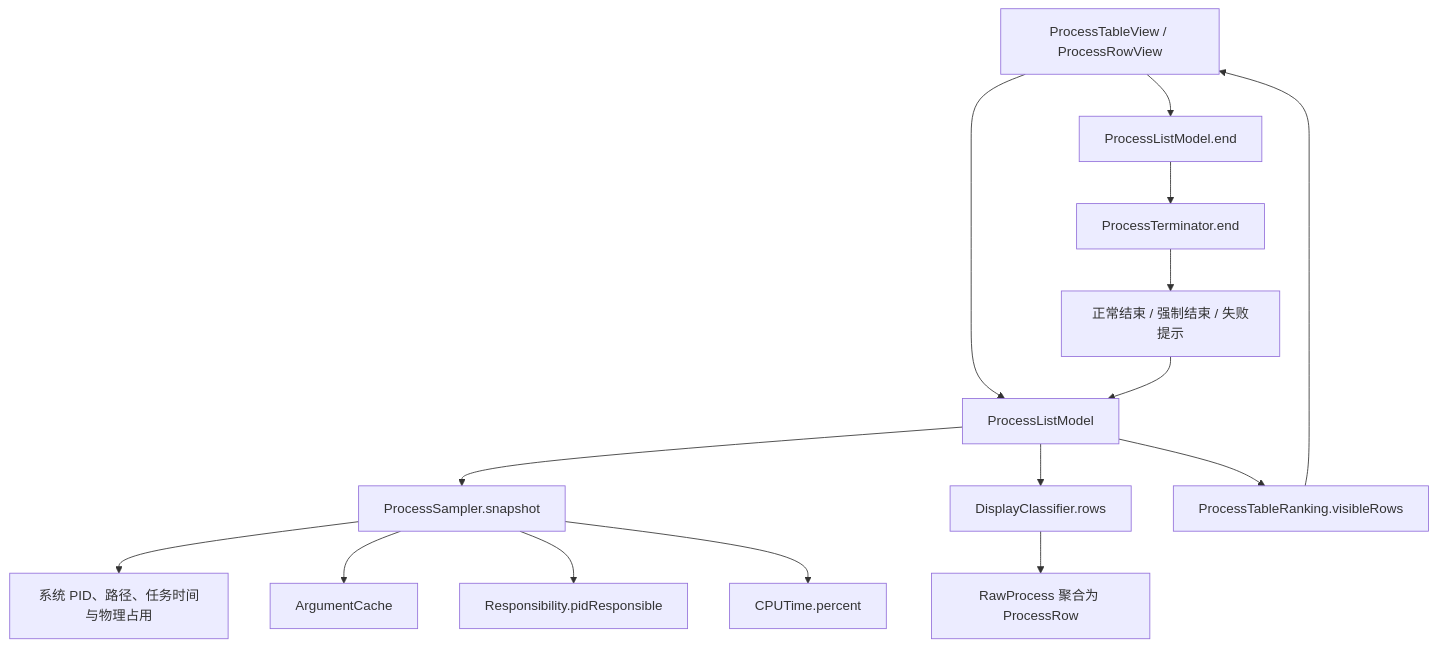
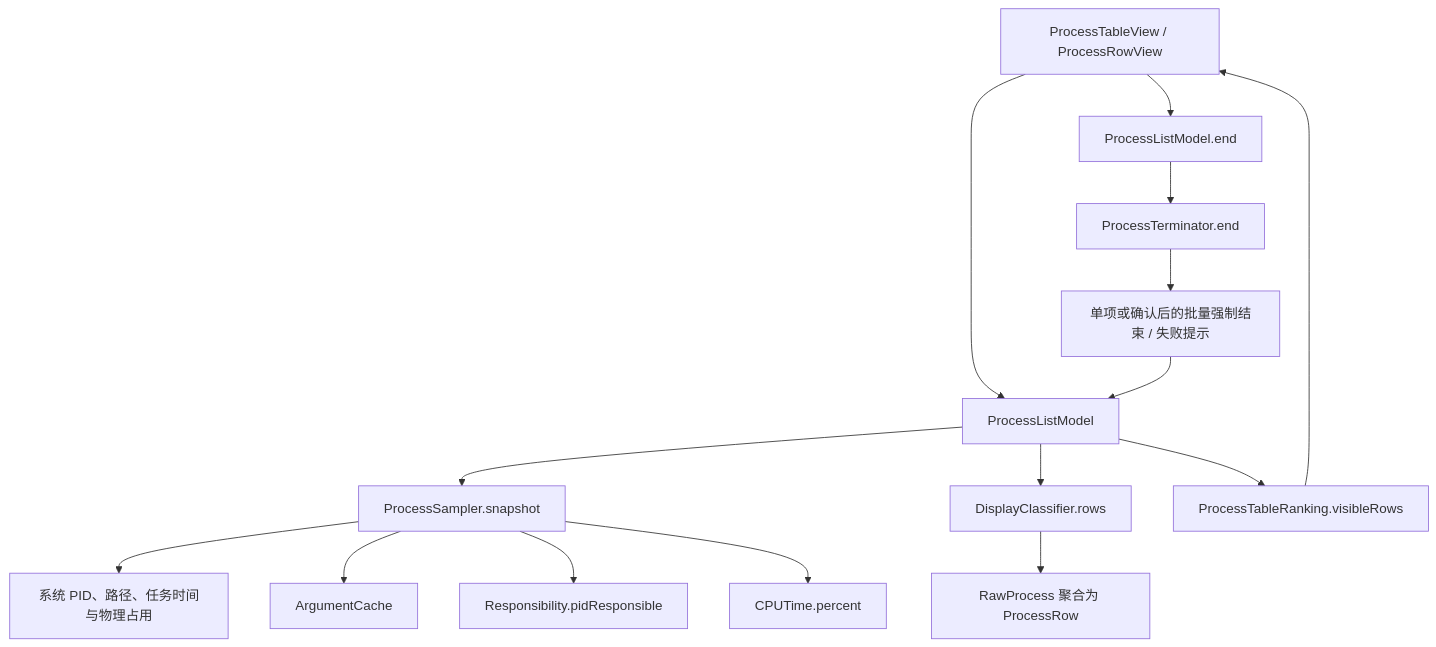
The first of 2 diagrams in docs/PROCESS_MONITORING_AND_TERMINATION_KNOWLEDGE_BASE.md (x0c/MacResourceMonitor), drawn with Mermaid before and after one commit. The commit also changed other lines of this file and 20 other files, not shown here.

````diff
--- a/docs/PROCESS_MONITORING_AND_TERMINATION_KNOWLEDGE_BASE.md
+++ b/docs/PROCESS_MONITORING_AND_TERMINATION_KNOWLEDGE_BASE.md
@@ -45,17 +45,17 @@
 ```mermaid
 graph TD
     A[ProcessTableView / ProcessRowView] --> B[ProcessListModel]
     B --> C[ProcessSampler.snapshot]
     C --> D[系统 PID、路径、任务时间与物理占用]
     C --> E[ArgumentCache]
     C --> F[Responsibility.pidResponsible]
     C --> G[CPUTime.percent]
     B --> H[DisplayClassifier.rows]
     H --> I[RawProcess 聚合为 ProcessRow]
     B --> J[ProcessTableRanking.visibleRows]
     J --> A
     A --> K[ProcessListModel.end]
     K --> L[ProcessTerminator.end]
-    L --> M[正常结束 / 强制结束 / 失败提示]
+    L --> M[单项或确认后的批量强制结束 / 失败提示]
     M --> B
 ```
````
